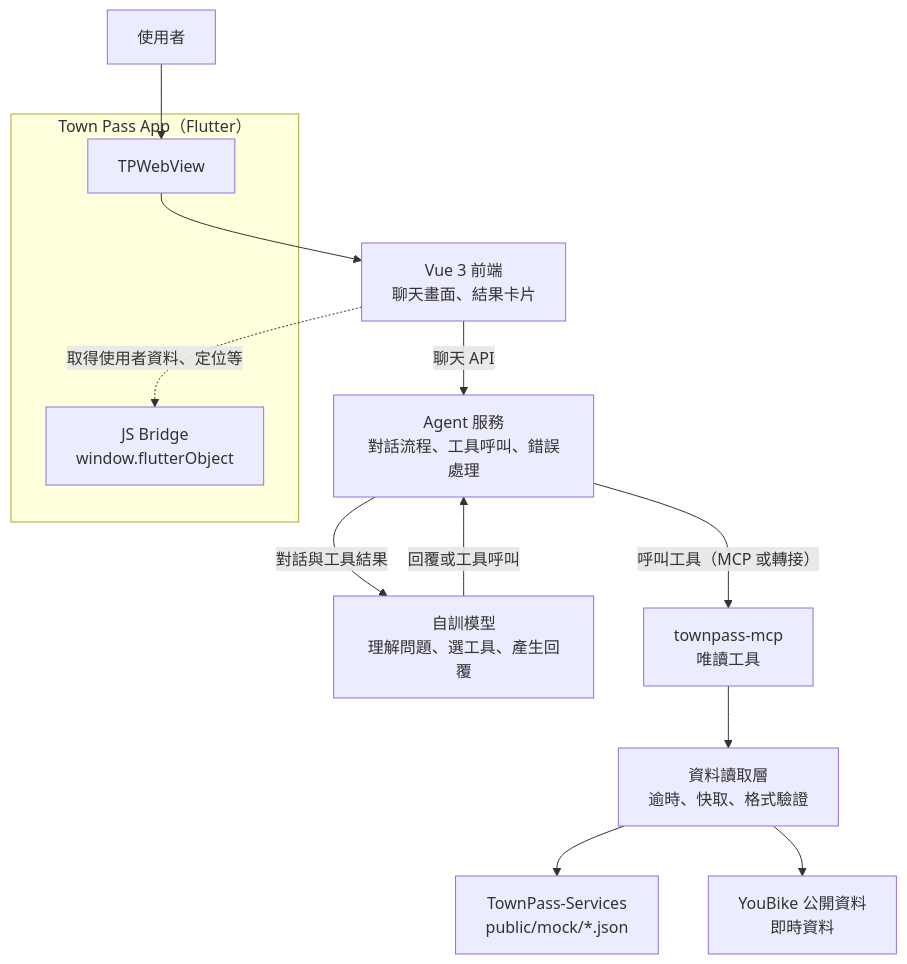
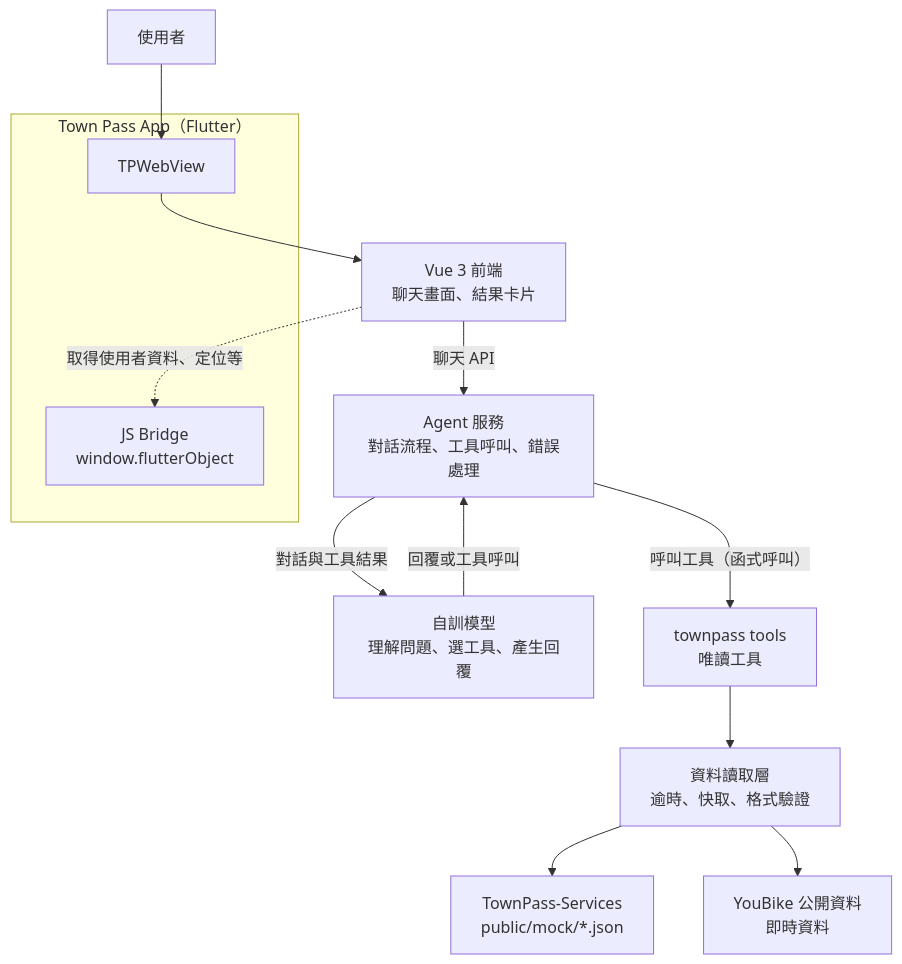
One commit to Twcat0503/2026_taipei_codefest changed the diagram in README.md. Above: the diagram before and after it, drawn with Mermaid. The commit also changed other lines of this file and 23 other files, not shown here.

First line of the commit message:
feat(tools): add read-only Town Pass tools for the browser agent

````diff
--- a/README.md
+++ b/README.md
@@ -10,17 +10,17 @@
 ```mermaid
 flowchart TB
   User["使用者"] --> WebView
   subgraph App["Town Pass App（Flutter）"]
     WebView["TPWebView"]
     Bridge["JS Bridge<br/>window.flutterObject"]
   end
   WebView --> Front["Vue 3 前端<br/>聊天畫面、結果卡片"]
   Front -. "取得使用者資料、定位等" .-> Bridge
   Front -- "聊天 API" --> Agent["Agent 服務<br/>對話流程、工具呼叫、錯誤處理"]
   Agent -- "對話與工具結果" --> Model["自訓模型<br/>理解問題、選工具、產生回覆"]
   Model -- "回覆或工具呼叫" --> Agent
-  Agent -- "呼叫工具（MCP 或轉接）" --> MCP["townpass-mcp<br/>唯讀工具"]
-  MCP --> DAL["資料讀取層<br/>逾時、快取、格式驗證"]
+  Agent -- "呼叫工具（函式呼叫）" --> Tools["townpass tools<br/>唯讀工具"]
+  Tools --> DAL["資料讀取層<br/>逾時、快取、格式驗證"]
   DAL --> Mock["TownPass-Services<br/>public/mock/*.json"]
   DAL --> YouBike["YouBike 公開資料<br/>即時資料"]
 ```
````
